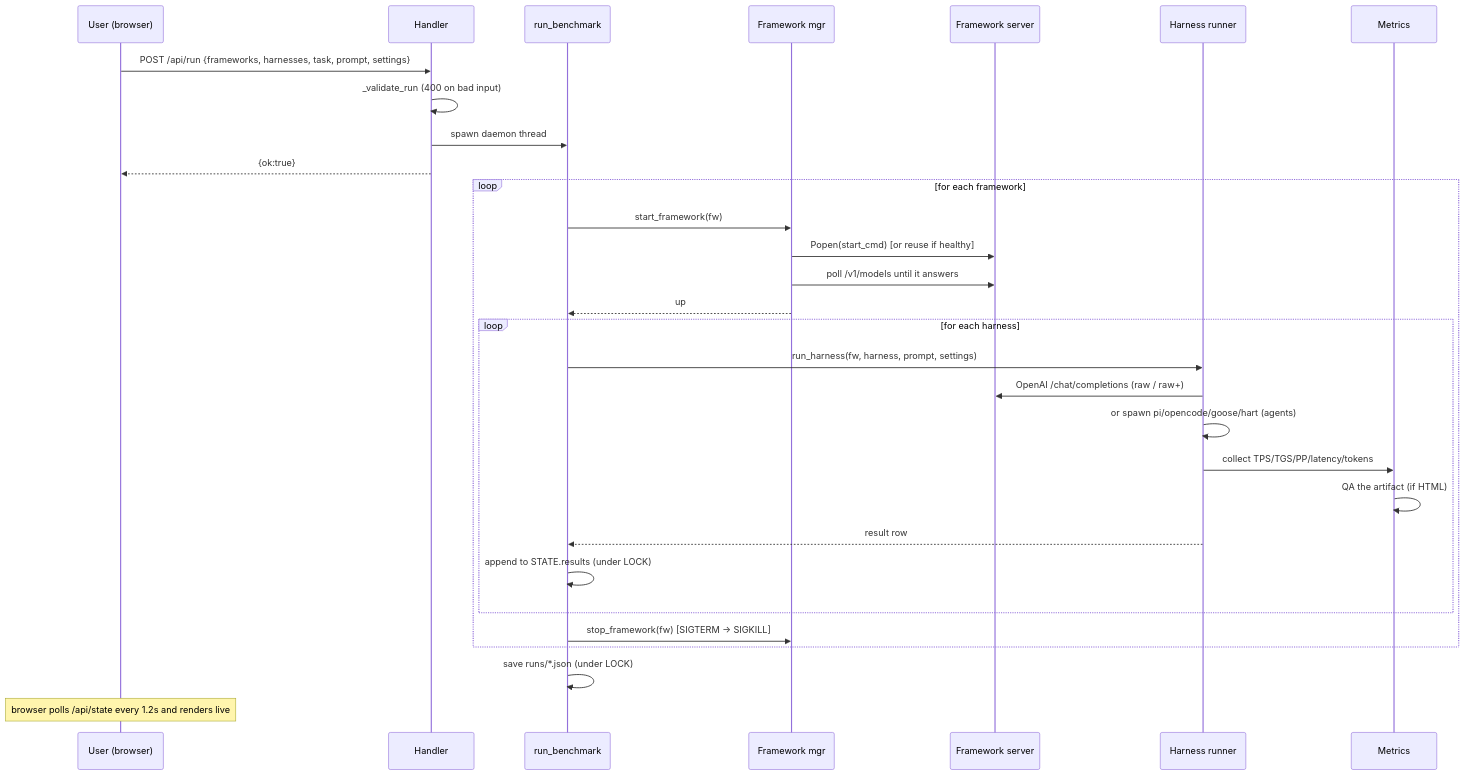
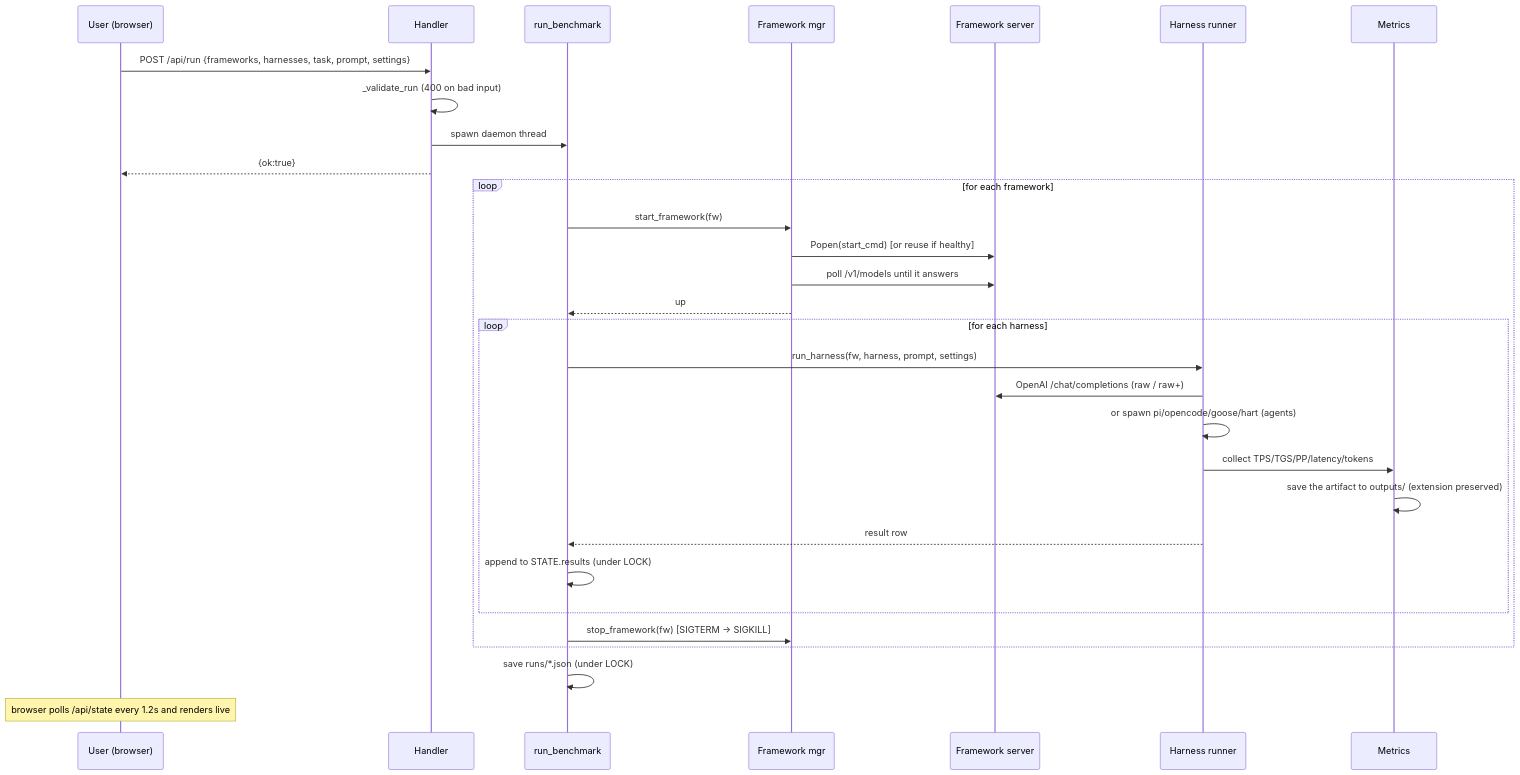
One commit to akshaya-git/benchtest changed the third of 6 diagrams in ARCHITECTURE.md. Above: the diagram before and after it, drawn with Mermaid. The commit also changed 8 other files, not shown here.

````diff
--- a/ARCHITECTURE.md
+++ b/ARCHITECTURE.md
@@ -84,34 +84,34 @@
 ```mermaid
 sequenceDiagram
     participant U as User (browser)
     participant H as Handler
     participant O as run_benchmark
     participant F as Framework mgr
     participant S as Framework server
     participant R as Harness runner
     participant M as Metrics
 
     U->>H: POST /api/run {frameworks, harnesses, task, prompt, settings}
     H->>H: _validate_run (400 on bad input)
     H->>O: spawn daemon thread
     H-->>U: {ok:true}
 
     loop for each framework
         O->>F: start_framework(fw)
         F->>S: Popen(start_cmd)  [or reuse if healthy]
         F->>S: poll /v1/models until it answers
         F-->>O: up
         loop for each harness
             O->>R: run_harness(fw, harness, prompt, settings)
             R->>S: OpenAI /chat/completions (raw / raw+)
             R->>R: or spawn pi/opencode/goose/hart (agents)
             R->>M: collect TPS/TGS/PP/latency/tokens
-            M->>M: QA the artifact (if HTML)
+            M->>M: save the artifact to outputs/ (extension preserved)
             R-->>O: result row
             O->>O: append to STATE.results (under LOCK)
         end
         O->>F: stop_framework(fw)  [SIGTERM → SIGKILL]
     end
     O->>O: save runs/*.json (under LOCK)
     Note over U: browser polls /api/state every 1.2s and renders live
 ```
````
